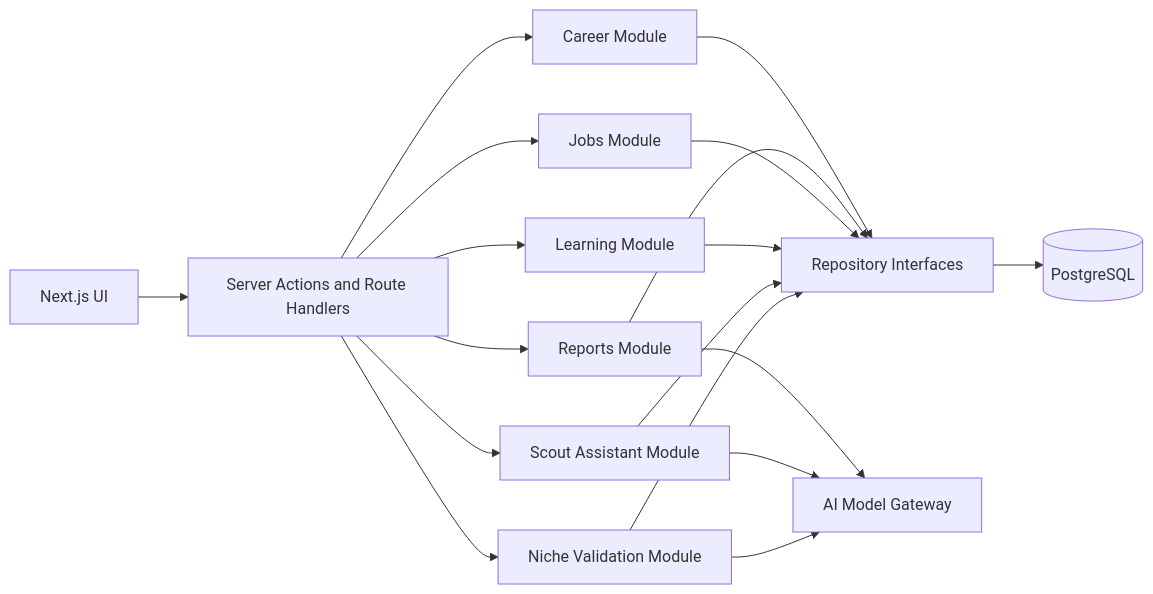
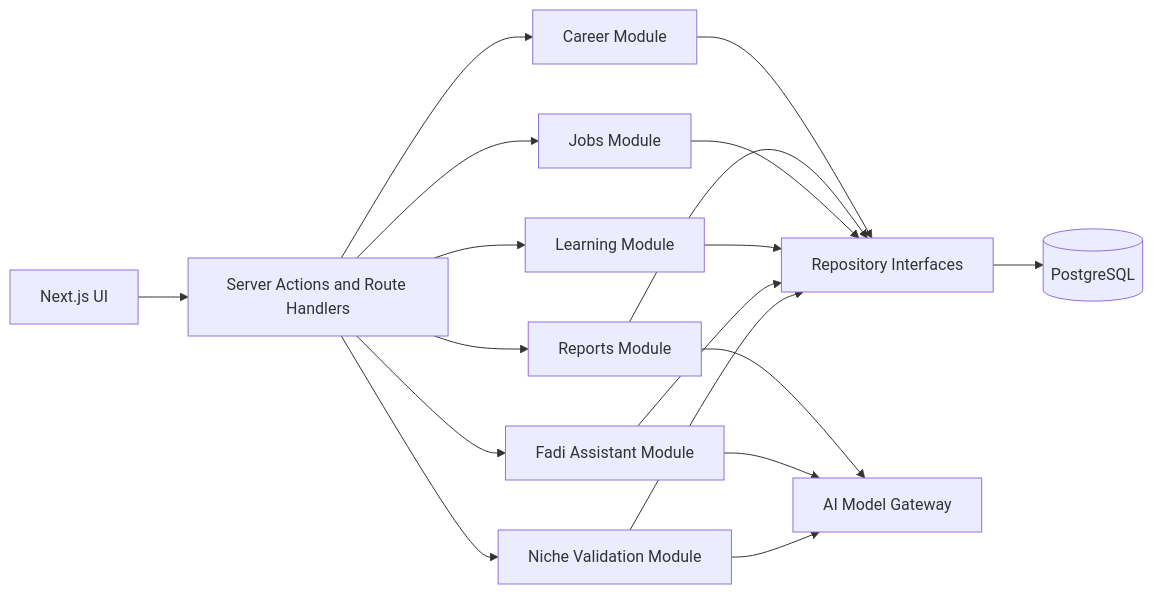
Before and after one commit to Mirzzie/Fadi: the diagram in docs/MICROSERVICE_COMPATIBILITY_PLAN.md, drawn with Mermaid. The commit also changed other lines of this file and 158 other files, not shown here.

First line of the commit message:
refactor!: rename agent Scout→Fadi and brand CareerOS→FadiOS

````diff
--- a/docs/MICROSERVICE_COMPATIBILITY_PLAN.md
+++ b/docs/MICROSERVICE_COMPATIBILITY_PLAN.md
@@ -23,22 +23,22 @@
 ```mermaid
 flowchart LR
     UI[Next.js UI] --> AppAPI[Server Actions and Route Handlers]
     AppAPI --> Career[Career Module]
     AppAPI --> Reports[Reports Module]
     AppAPI --> Jobs[Jobs Module]
     AppAPI --> Learning[Learning Module]
-    AppAPI --> Assistant[Scout Assistant Module]
+    AppAPI --> Assistant[Fadi Assistant Module]
     AppAPI --> Niche[Niche Validation Module]
 
     Career --> Data[Repository Interfaces]
     Reports --> Data
     Jobs --> Data
     Learning --> Data
     Assistant --> Data
     Niche --> Data
 
     Data --> Postgres[(PostgreSQL)]
     Reports --> Gateway[AI Model Gateway]
     Assistant --> Gateway
     Niche --> Gateway
 ```
````
